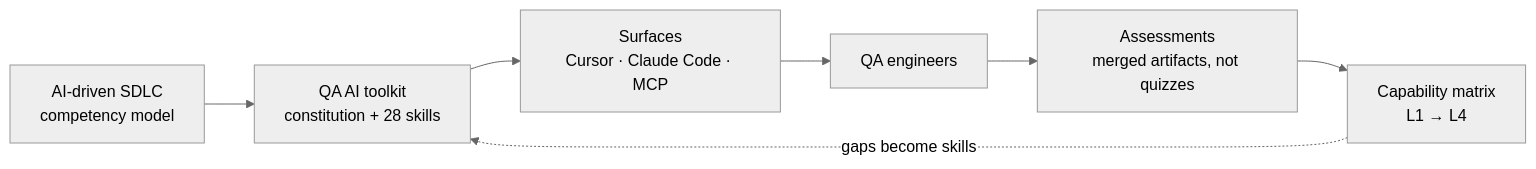
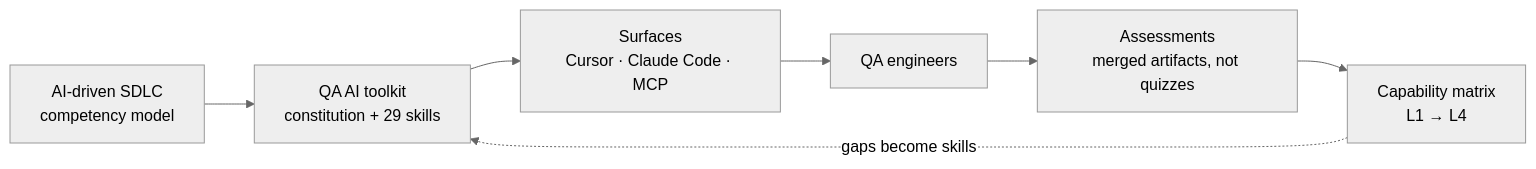
Before and after one commit to georgikazandzhiev-code/ai-native-qa-toolkit: the diagram in GOVERNANCE.md, drawn with Mermaid (neutral theme). The commit also changed other lines of this file and 8 other files, not shown here.

````diff
--- a/GOVERNANCE.md
+++ b/GOVERNANCE.md
@@ -15,9 +15,9 @@
 ```mermaid
 flowchart LR
-  A["AI-driven SDLC<br/>competency model"] --> B["QA AI toolkit<br/>constitution + 28 skills"]
+  A["AI-driven SDLC<br/>competency model"] --> B["QA AI toolkit<br/>constitution + 29 skills"]
   B --> C["Surfaces<br/>Cursor · Claude Code · MCP"]
   C --> D["QA engineers"]
   D --> E["Assessments<br/>merged artifacts, not quizzes"]
   E --> F["Capability matrix<br/>L1 → L4"]
   F -.->|"gaps become skills"| B
 ```
````
